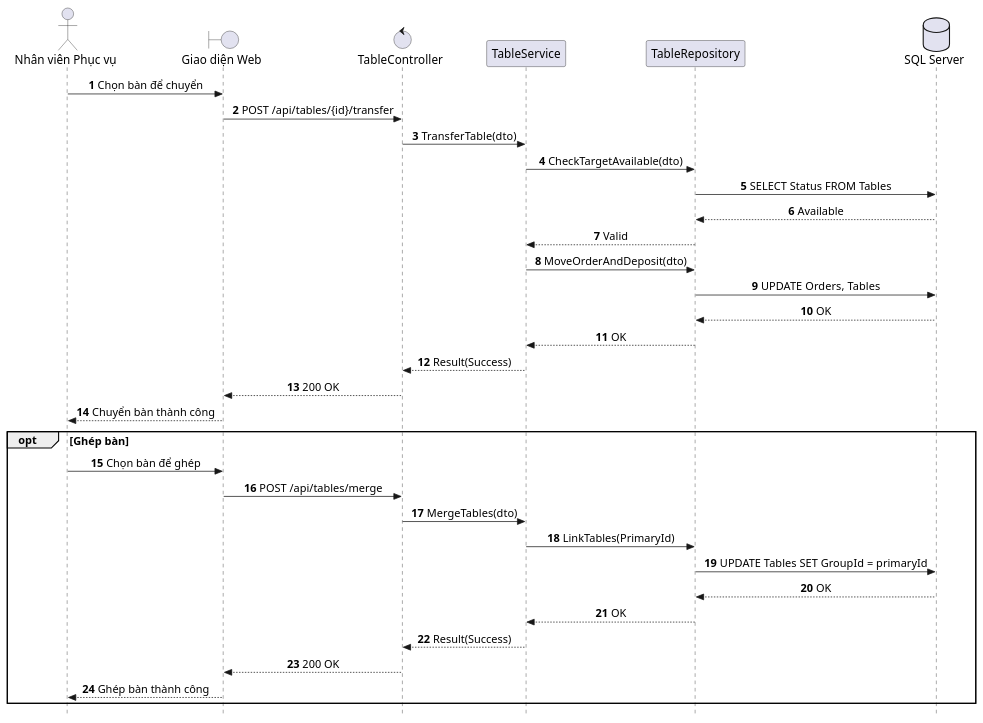
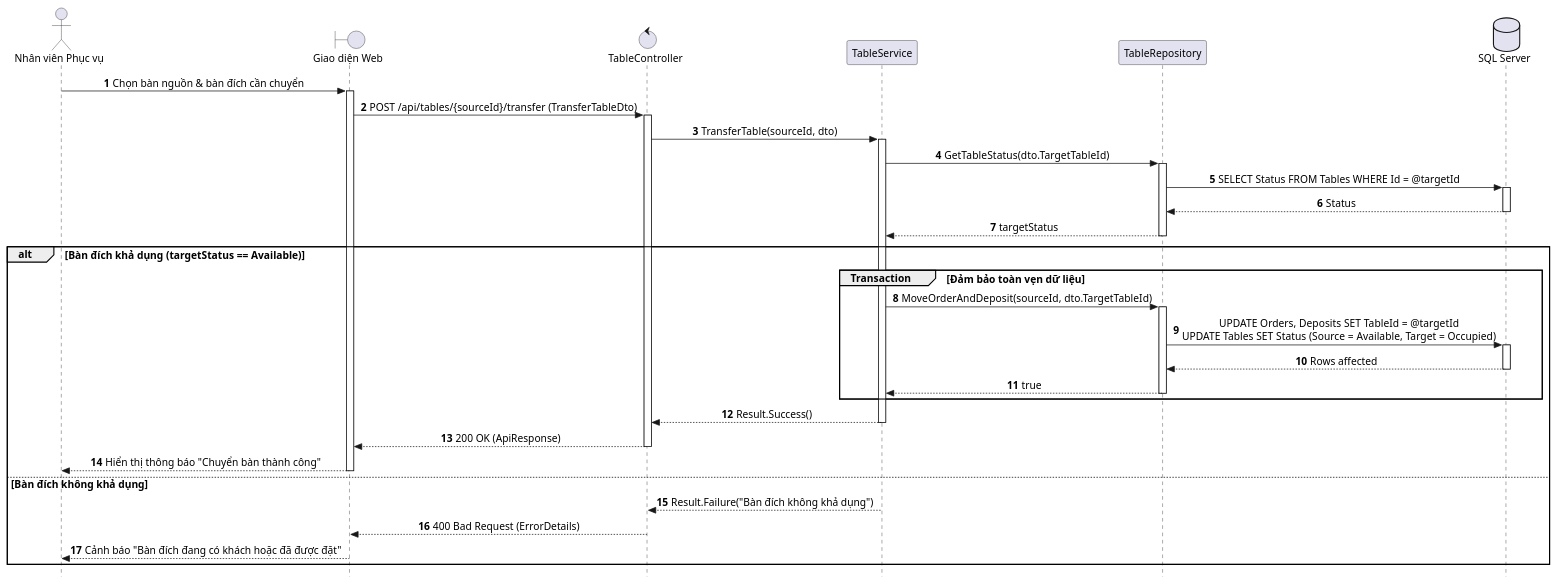
One commit to AndrewQng/VinDining changed the diagram in docs/puml/sequences/SD_UC_E4_Transfer_Table.puml. Above: the diagram before and after it, drawn with PlantUML. The commit also changed 74 other files, not shown here.

Commit message:
docs: add phase 1 documentation, drawio diagrams, and sequence puml files

```diff
--- a/docs/puml/sequences/SD_UC_E4_Transfer_Table.puml
+++ b/docs/puml/sequences/SD_UC_E4_Transfer_Table.puml
@@ -1,48 +1,43 @@
-@startuml SD_UC_E4_Transfer_Table
+@startuml SD_UC_E4_1_Transfer_Table
 autonumber
 skinparam style strictuml
 skinparam sequenceMessageAlign center
 skinparam responseMessageBelowArrow true
 skinparam defaultFontName "Segoe UI", Arial, sans-serif
-skinparam defaultFontSize 16
-skinparam sequenceActorFontSize 16
-skinparam sequenceParticipantFontSize 16
-skinparam sequenceArrowFontSize 15
-skinparam sequenceGroupFontSize 15
-skinparam sequenceGroupHeaderFontSize 15
+skinparam defaultFontSize 14
+
+autoactivate on
 
 actor "Nhân viên Phục vụ" as Waitstaff
 boundary "Giao diện Web" as UI
 control "TableController" as Controller
 participant "TableService" as Service
 participant "TableRepository" as Repo
 database "SQL Server" as DB
 
-Waitstaff -> UI: Chọn bàn để chuyển
-UI -> Controller: POST /api/tables/{id}/transfer
-Controller -> Service: TransferTable(dto)
-Service -> Repo: CheckTargetAvailable(dto)
-Repo -> DB: SELECT Status FROM Tables
-DB --> Repo: Available
-Repo --> Service: Valid
-Service -> Repo: MoveOrderAndDeposit(dto)
-Repo -> DB: UPDATE Orders, Tables
-DB --> Repo: OK
-Repo --> Service: OK
-Service --> Controller: Result(Success)
-Controller --> UI: 200 OK
-UI --> Waitstaff: Chuyển bàn thành công
+Waitstaff -> UI: Chọn bàn nguồn & bàn đích cần chuyển
+UI -> Controller: POST /api/tables/{sourceId}/transfer (TransferTableDto)
+Controller -> Service: TransferTable(sourceId, dto)
 
-opt Ghép bàn
-    Waitstaff -> UI: Chọn bàn để ghép
-    UI -> Controller: POST /api/tables/merge
-    Controller -> Service: MergeTables(dto)
-    Service -> Repo: LinkTables(PrimaryId)
-    Repo -> DB: UPDATE Tables SET GroupId = primaryId
-    DB --> Repo: OK
-    Repo --> Service: OK
-    Service --> Controller: Result(Success)
-    Controller --> UI: 200 OK
-    UI --> Waitstaff: Ghép bàn thành công
+Service -> Repo: GetTableStatus(dto.TargetTableId)
+Repo -> DB: SELECT Status FROM Tables WHERE Id = @targetId
+DB --> Repo: Status
+Repo --> Service: targetStatus
+
+alt Bàn đích khả dụng (targetStatus == Available)
+    group Transaction [Đảm bảo toàn vẹn dữ liệu]
+        Service -> Repo: MoveOrderAndDeposit(sourceId, dto.TargetTableId)
+        Repo -> DB: UPDATE Orders, Deposits SET TableId = @targetId\nUPDATE Tables SET Status (Source = Available, Target = Occupied)
+        DB --> Repo: Rows affected
+        Repo --> Service: true
+    end
+    Service --> Controller: Result.Success()
+    Controller --> UI: 200 OK (ApiResponse)
+    UI --> Waitstaff: Hiển thị thông báo "Chuyển bàn thành công"
+else Bàn đích không khả dụng
+    Service --> Controller: Result.Failure("Bàn đích không khả dụng")
+    Controller --> UI: 400 Bad Request (ErrorDetails)
+    UI --> Waitstaff: Cảnh báo "Bàn đích đang có khách hoặc đã được đặt"
 end
+
 @enduml
```
